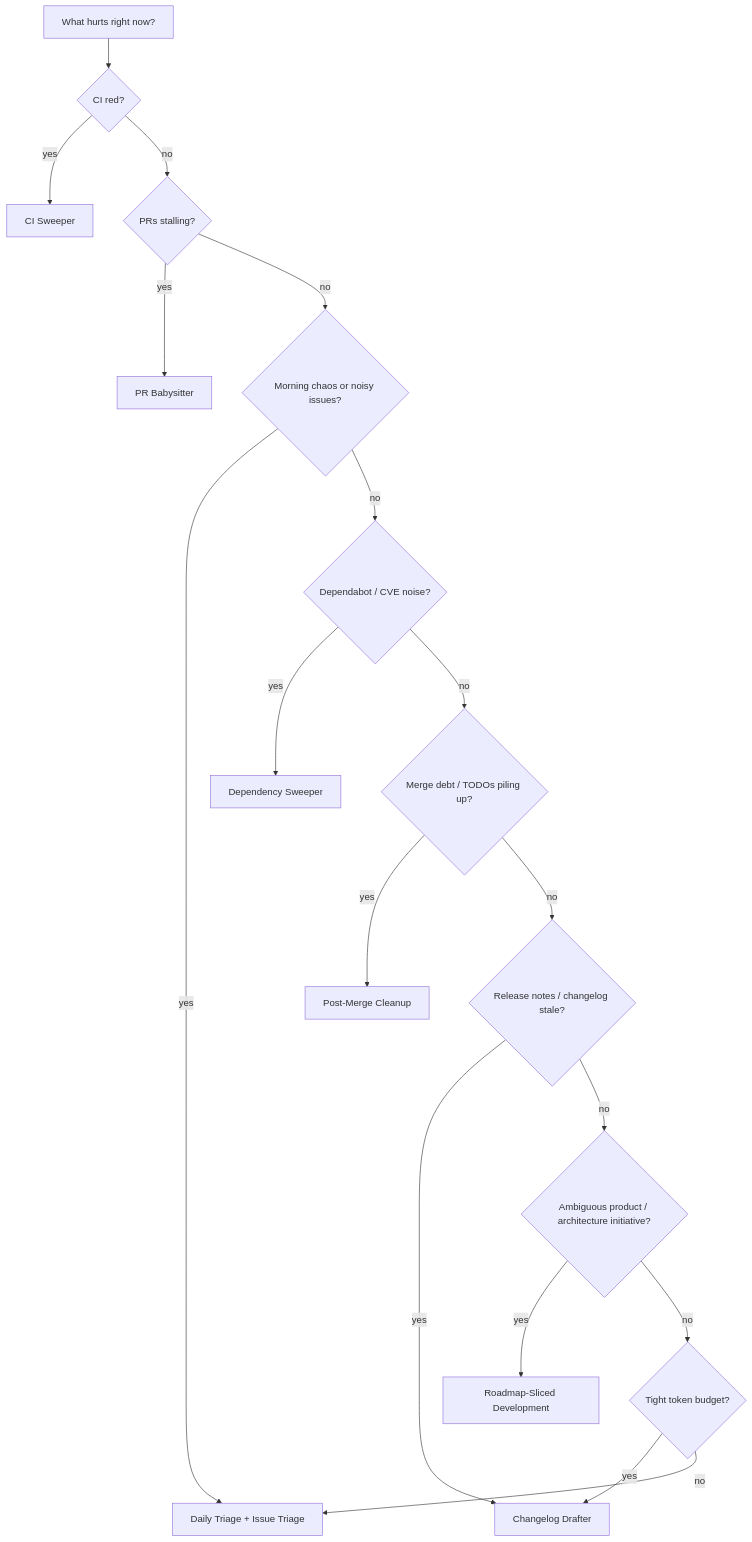
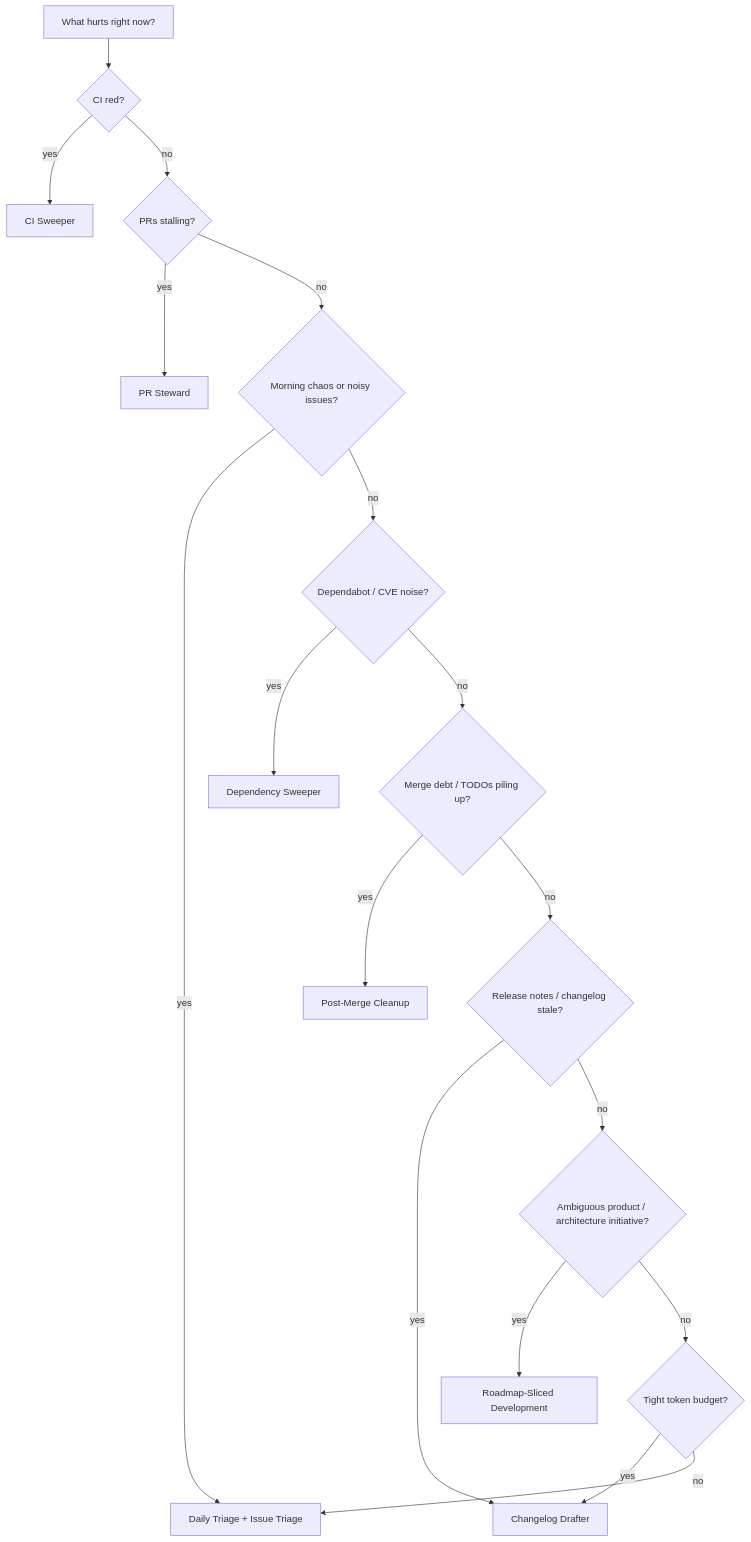
The diagram in docs/pattern-picker.md (jununfly/ZAgenticLoop), drawn with Mermaid before and after one commit. The commit also changed other lines of this file and 65 other files, not shown here.

Commit message:
Rename PR Babysitter pattern to PR Steward

````diff
--- a/docs/pattern-picker.md
+++ b/docs/pattern-picker.md
@@ -5,20 +5,20 @@
 ```mermaid
 flowchart TD
     A[What hurts right now?] --> B{CI red?}
     B -->|yes| C[CI Sweeper]
     B -->|no| D{PRs stalling?}
-    D -->|yes| E[PR Babysitter]
+    D -->|yes| E[PR Steward]
     D -->|no| F{Morning chaos or noisy issues?}
     F -->|yes| G[Daily Triage + Issue Triage]
     F -->|no| H{Dependabot / CVE noise?}
     H -->|yes| I[Dependency Sweeper]
     H -->|no| J{Merge debt / TODOs piling up?}
     J -->|yes| K[Post-Merge Cleanup]
     J -->|no| L{Release notes / changelog stale?}
     L -->|yes| M[Changelog Drafter]
     L -->|no| N{Ambiguous product / architecture initiative?}
     N -->|yes| O[Roadmap-Sliced Development]
     N -->|no| P{Tight token budget?}
     P -->|yes| M
     P -->|no| G
 ```
````
